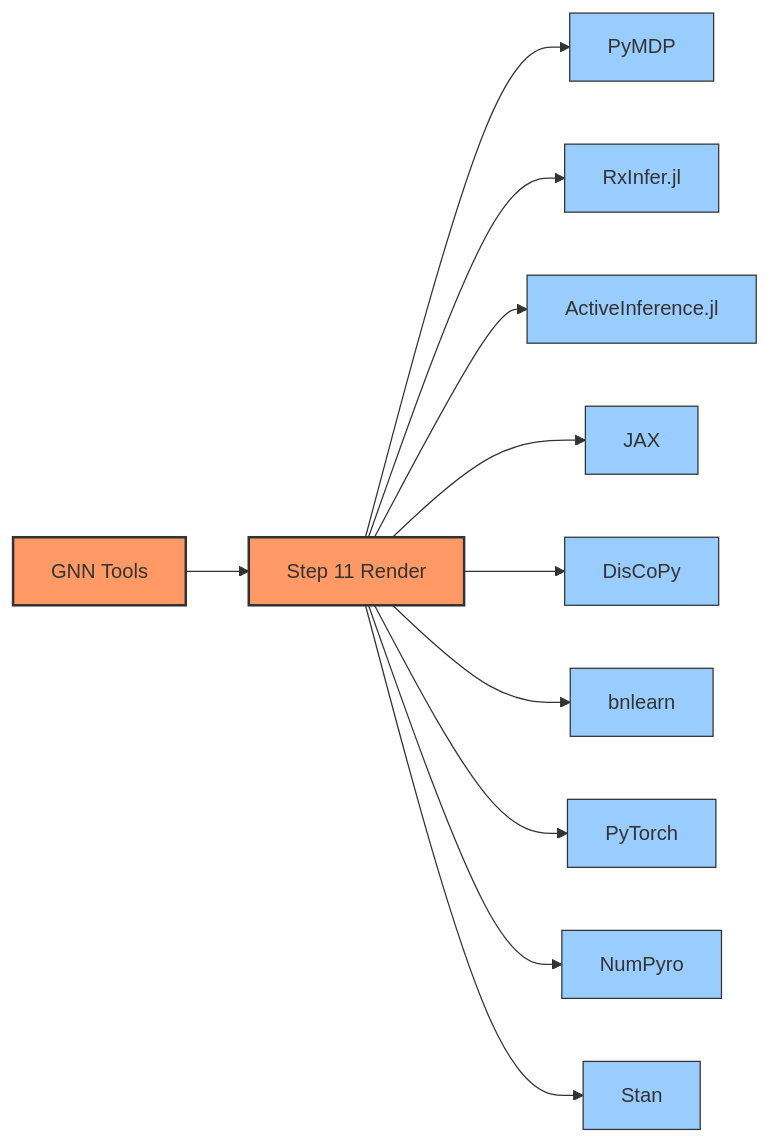
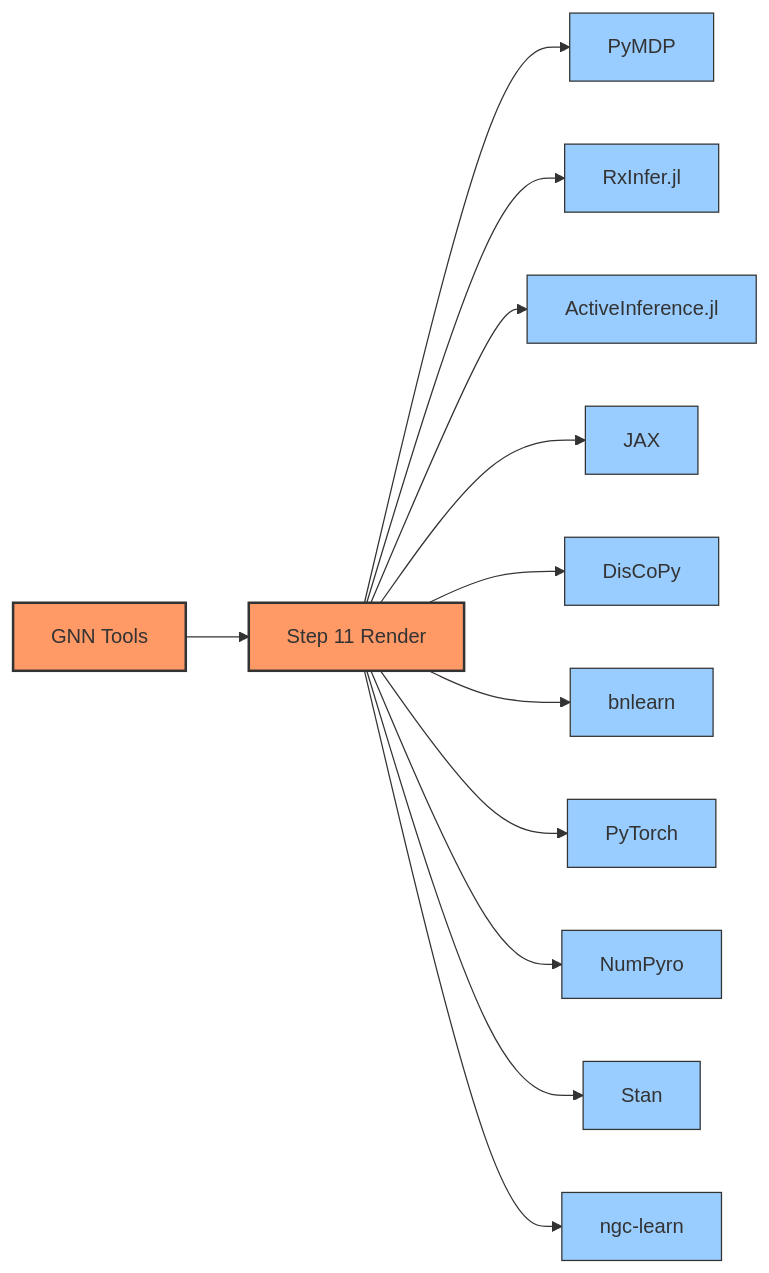
Before and after one commit to ActiveInferenceInstitute/GeneralizedNotationNotation: the fourth of 6 diagrams in docs/gnn/operations/gnn_tools.md, drawn with Mermaid. The commit also changed other lines of this file and 15 other files, not shown here.

````diff
--- a/docs/gnn/operations/gnn_tools.md
+++ b/docs/gnn/operations/gnn_tools.md
@@ -213,19 +213,20 @@
 ```mermaid
 graph LR
     GNN[GNN Tools] --> RENDER[Step 11 Render]
     RENDER --> PYMDP[PyMDP]
     RENDER --> RXINFER[RxInfer.jl]
     RENDER --> AIFJL[ActiveInference.jl]
     RENDER --> JAX[JAX]
     RENDER --> DISCOPY[DisCoPy]
     RENDER --> BNLEARN[bnlearn]
     RENDER --> PYTORCH[PyTorch]
     RENDER --> NUMPYRO[NumPyro]
     RENDER --> STAN[Stan]
+    RENDER --> NGCLEARN[ngc-learn]
 
     classDef tool fill:#f96,stroke:#333,stroke-width:2px;
     classDef framework fill:#9cf,stroke:#333,stroke-width:1px;
 
     class GNN,RENDER tool;
-    class PYMDP,RXINFER,AIFJL,JAX,DISCOPY,BNLEARN,PYTORCH,NUMPYRO,STAN framework;
+    class PYMDP,RXINFER,AIFJL,JAX,DISCOPY,BNLEARN,PYTORCH,NUMPYRO,STAN,NGCLEARN framework;
 ```
````
